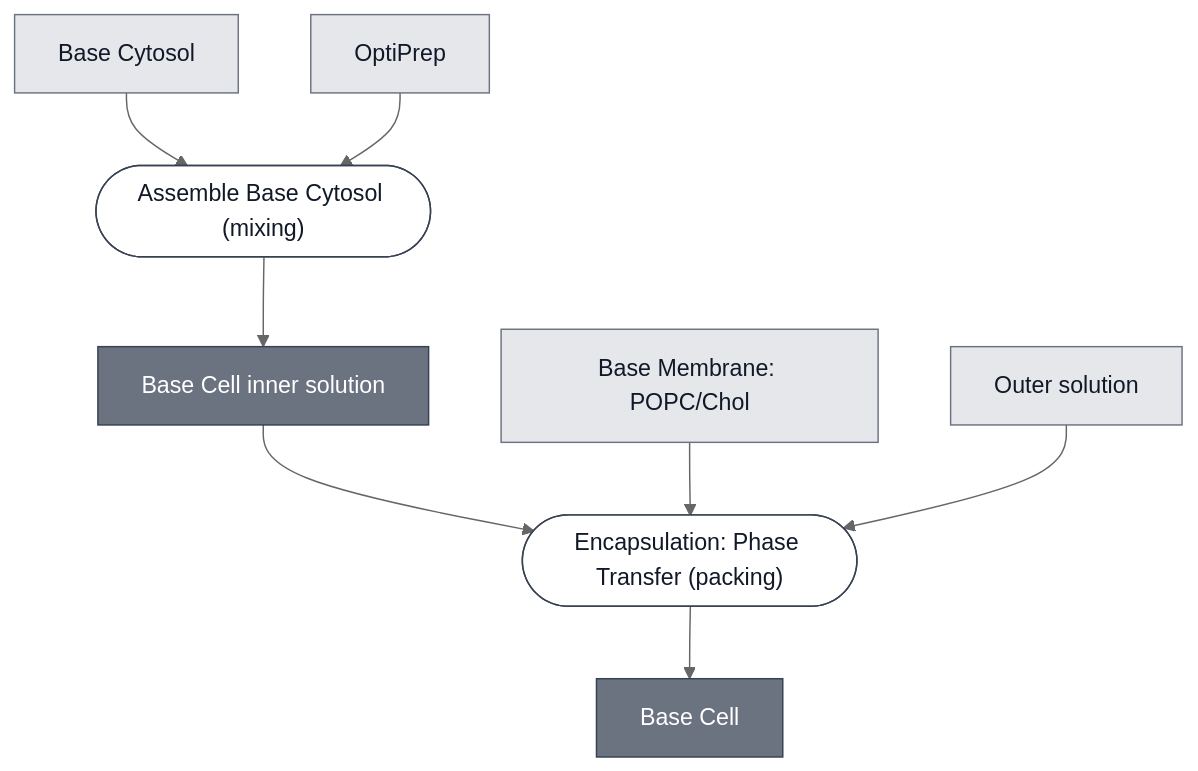
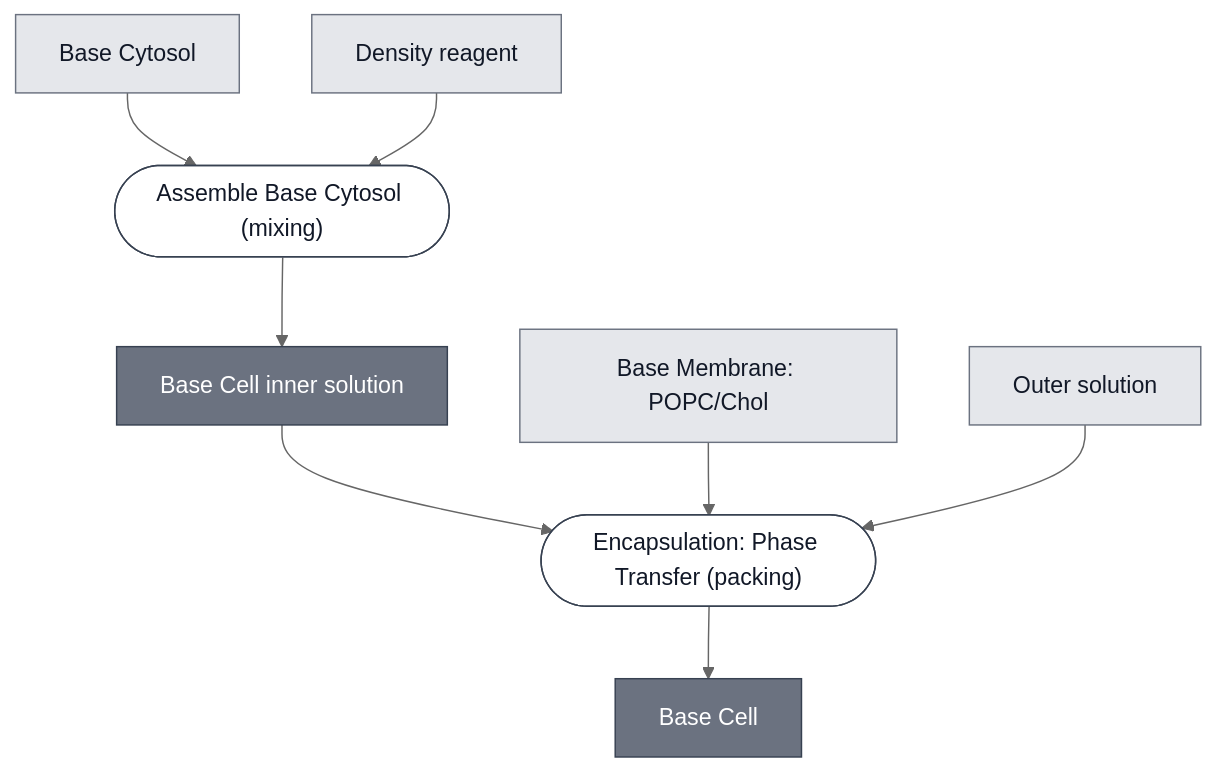
Before and after one commit to nucleus-eng/nucleus-docs: the diagram in docs/modules/base-cell/spec.md, drawn with Mermaid (neutral theme). The commit also changed 5 other files, not shown here.

First line of the commit message:
A slot that takes any density reagent names the class (D205)

````diff
--- a/docs/modules/base-cell/spec.md
+++ b/docs/modules/base-cell/spec.md
@@ -28,35 +28,35 @@
 ```mermaid
 flowchart TD
     OUTER_SOLUTION["Outer solution"]
     BASE_CYTOSOL["Base Cytosol"]
     MEMBRANE_POPC_CHOL["Base Membrane: POPC/Chol"]
-    OPTIPREP["OptiPrep"]
+    DENSITY_REAGENT["Density reagent"]
 
     P1_ASSEMBLE_INNER_SOLUTION_0(["Assemble Base Cytosol (mixing)"])
     BASE_CELL_INNER_SOLUTION["Base Cell inner solution"]
     P2_ENCAPSULATE_0(["Encapsulation: Phase Transfer (packing)"])
     BASE_CELL["Base Cell"]
 
     BASE_CYTOSOL --> P1_ASSEMBLE_INNER_SOLUTION_0
-    OPTIPREP --> P1_ASSEMBLE_INNER_SOLUTION_0
+    DENSITY_REAGENT --> P1_ASSEMBLE_INNER_SOLUTION_0
     P1_ASSEMBLE_INNER_SOLUTION_0 --> BASE_CELL_INNER_SOLUTION
 
     BASE_CELL_INNER_SOLUTION --> P2_ENCAPSULATE_0
     MEMBRANE_POPC_CHOL --> P2_ENCAPSULATE_0
     OUTER_SOLUTION --> P2_ENCAPSULATE_0
     P2_ENCAPSULATE_0 --> BASE_CELL
 
 
     classDef leaf     fill:#e5e7eb,stroke:#6b7280,color:#111827;
     classDef composed fill:#6b7280,stroke:#374151,color:#ffffff;
     classDef process  fill:#ffffff,stroke:#374151,color:#111827;
-    class OUTER_SOLUTION,BASE_CYTOSOL,MEMBRANE_POPC_CHOL,OPTIPREP leaf;
+    class OUTER_SOLUTION,BASE_CYTOSOL,MEMBRANE_POPC_CHOL,DENSITY_REAGENT leaf;
     class BASE_CELL_INNER_SOLUTION,BASE_CELL composed;
     class P1_ASSEMBLE_INNER_SOLUTION_0,P2_ENCAPSULATE_0 process;
 
     click BASE_CYTOSOL "/docs/modules/base-cytosol/spec"
     click MEMBRANE_POPC_CHOL "/docs/modules/membrane-popc-chol/spec"
     click P1_ASSEMBLE_INNER_SOLUTION_0 "/docs/processes/assemble-base-cytosol/main"
     click P2_ENCAPSULATE_0 "/docs/processes/assemble-base-cell/main"
     click BASE_CELL "/docs/modules/base-cell/spec"
 ```
````
